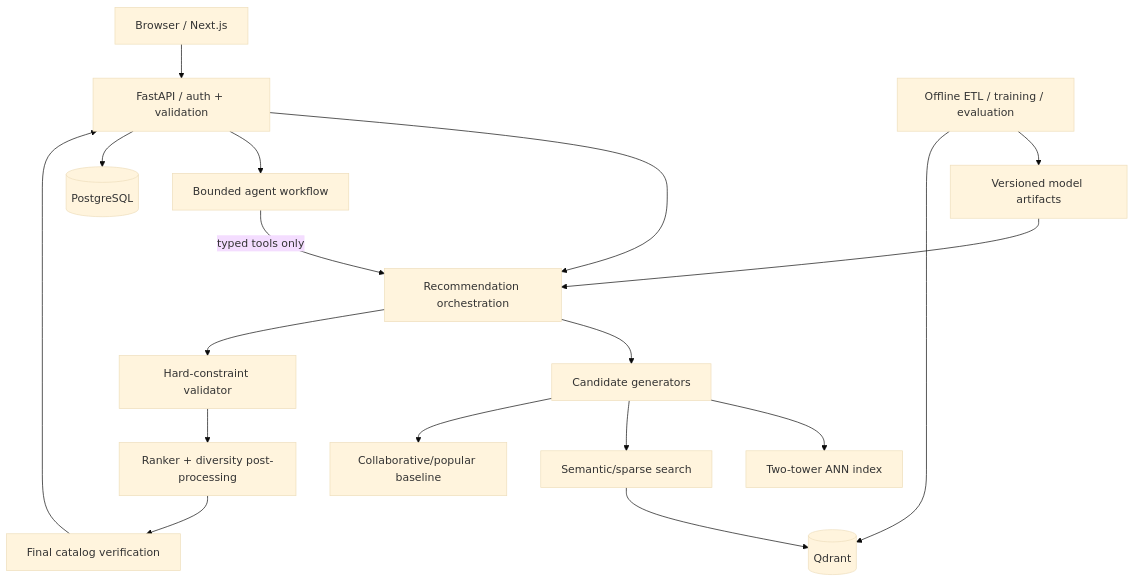
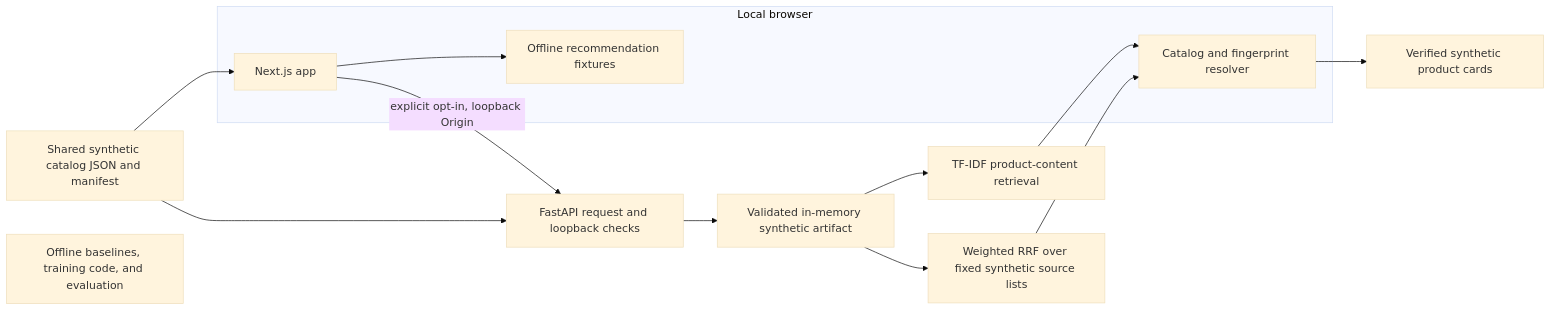
The diagram in docs/ARCHITECTURE.md (AmarjeetJha17/recfusion), drawn with Mermaid (base theme) before and after one commit. The commit also changed other lines of this file and 5 other files, not shown here.

````diff
--- a/docs/ARCHITECTURE.md
+++ b/docs/ARCHITECTURE.md
@@ -9,20 +9,20 @@
 ```mermaid
-flowchart TD
-  U[Browser / Next.js] --> A[FastAPI / auth + validation]
-  A --> O[Recommendation orchestration]
-  A --> G[Bounded agent workflow]
-  G -->|typed tools only| O
-  O --> C[Candidate generators]
-  C --> NN[Two-tower ANN index]
-  C --> SS[Semantic/sparse search]
-  C --> B[Collaborative/popular baseline]
-  O --> F[Hard-constraint validator]
-  F --> R[Ranker + diversity post-processing]
-  R --> V[Final catalog verification]
-  V --> A
-  A --> P[(PostgreSQL)]
-  SS --> Q[(Qdrant)]
-  T[Offline ETL / training / evaluation] --> M[Versioned model artifacts]
-  M --> O
-  T --> Q
+flowchart LR
+  subgraph Browser[Local browser]
+    Web[Next.js app]
+    Fixtures[Offline recommendation fixtures]
+    Resolver[Catalog and fingerprint resolver]
+  end
+  Asset[Shared synthetic catalog JSON and manifest]
+  Web --> Fixtures
+  Web -->|explicit opt-in, loopback Origin| Guard[FastAPI request and loopback checks]
+  Guard --> Runtime[Validated in-memory synthetic artifact]
+  Runtime --> Content[TF-IDF product-content retrieval]
+  Runtime --> RRF[Weighted RRF over fixed synthetic source lists]
+  Content --> Resolver
+  RRF --> Resolver
+  Asset --> Web
+  Asset --> Guard
+  Resolver --> Cards[Verified synthetic product cards]
+  Research[Offline baselines, training code, and evaluation]
 ```
````
